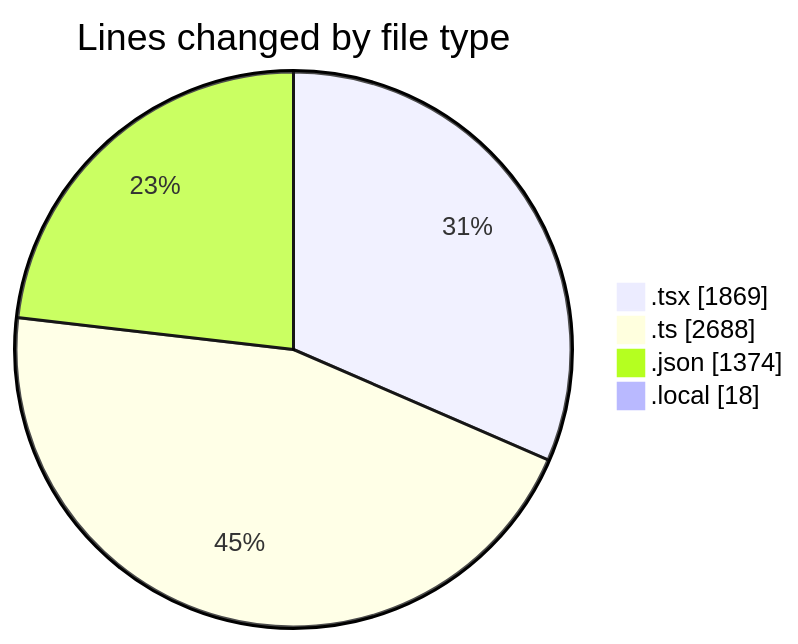
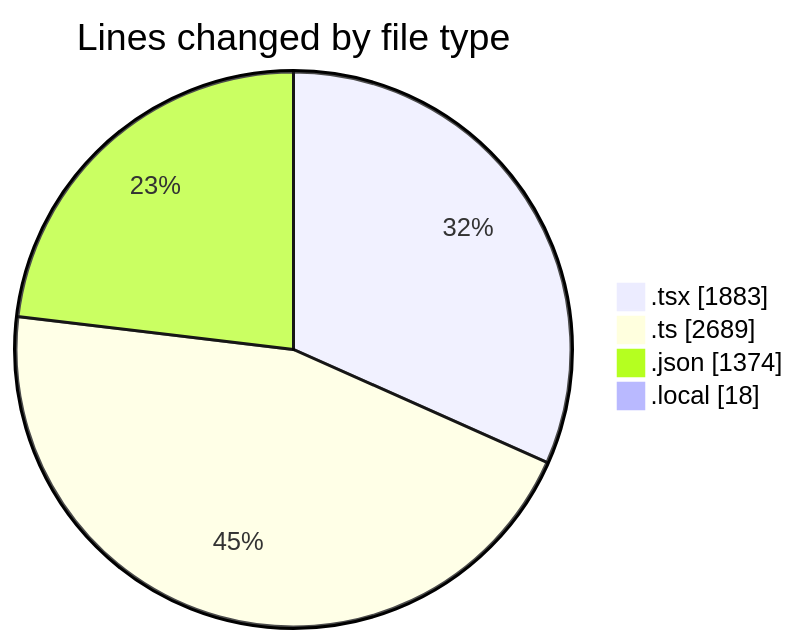
Before and after one commit to julien-gomy/code-tracking: the first of 2 diagrams in 2025-10-16/eventscop-frontend-guide__workspace_/README.md, drawn with Mermaid. The commit also changed other lines of this file and 1 other file, not shown here.

````diff
--- a/2025-10-16/eventscop-frontend-guide__workspace_/README.md
+++ b/2025-10-16/eventscop-frontend-guide__workspace_/README.md
@@ -55,8 +55,8 @@
 ```mermaid
 pie showData
 title Lines changed by file type
-".tsx" : 1869
-".ts" : 2688
+".tsx" : 1883
+".ts" : 2689
 ".json" : 1374
 ".local" : 18
 ```
````
